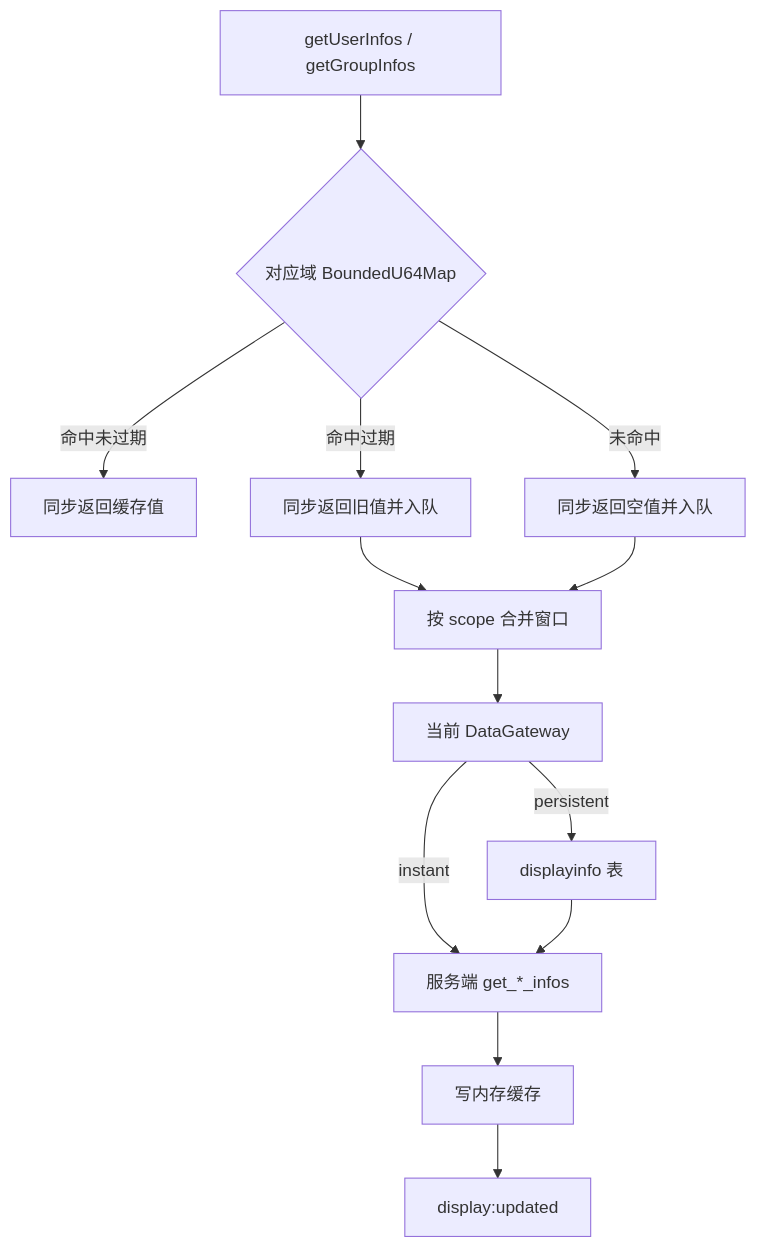
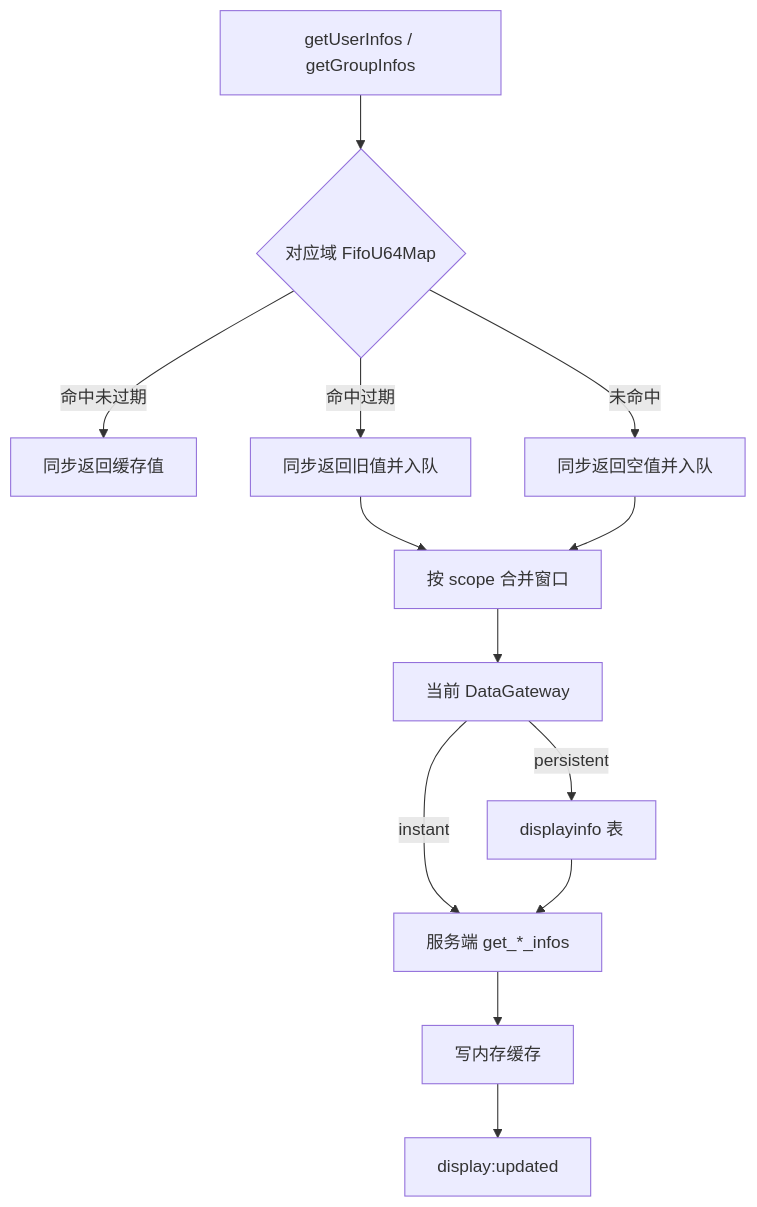
One commit to dacez/yimsg changed the fourth of 4 diagrams in packages/sdk/docs/sdk设计方案.md. Above: the diagram before and after it, drawn with Mermaid. The commit also changed other lines of this file and 18 other files, not shown here.

First line of the commit message:
feat(sdk): 用 FifoU64Map 替代 BoundedU64Map

````diff
--- a/packages/sdk/docs/sdk设计方案.md
+++ b/packages/sdk/docs/sdk设计方案.md
@@ -345,15 +345,15 @@
 ```mermaid
 flowchart TD
-  Read[getUserInfos / getGroupInfos] --> Cache{对应域 BoundedU64Map}
+  Read[getUserInfos / getGroupInfos] --> Cache{对应域 FifoU64Map}
   Cache -->|命中未过期| ReturnFresh[同步返回缓存值]
   Cache -->|命中过期| ReturnStale[同步返回旧值并入队]
   Cache -->|未命中| ReturnEmpty[同步返回空值并入队]
   ReturnStale --> Merge[按 scope 合并窗口]
   ReturnEmpty --> Merge
   Merge --> DG[当前 DataGateway]
   DG -->|instant| Remote[服务端 get_*_infos]
   DG -->|persistent| Local[displayinfo 表]
   Local --> Remote
   Remote --> Update[写内存缓存]
   Update --> Event[display:updated]
 ```
````
